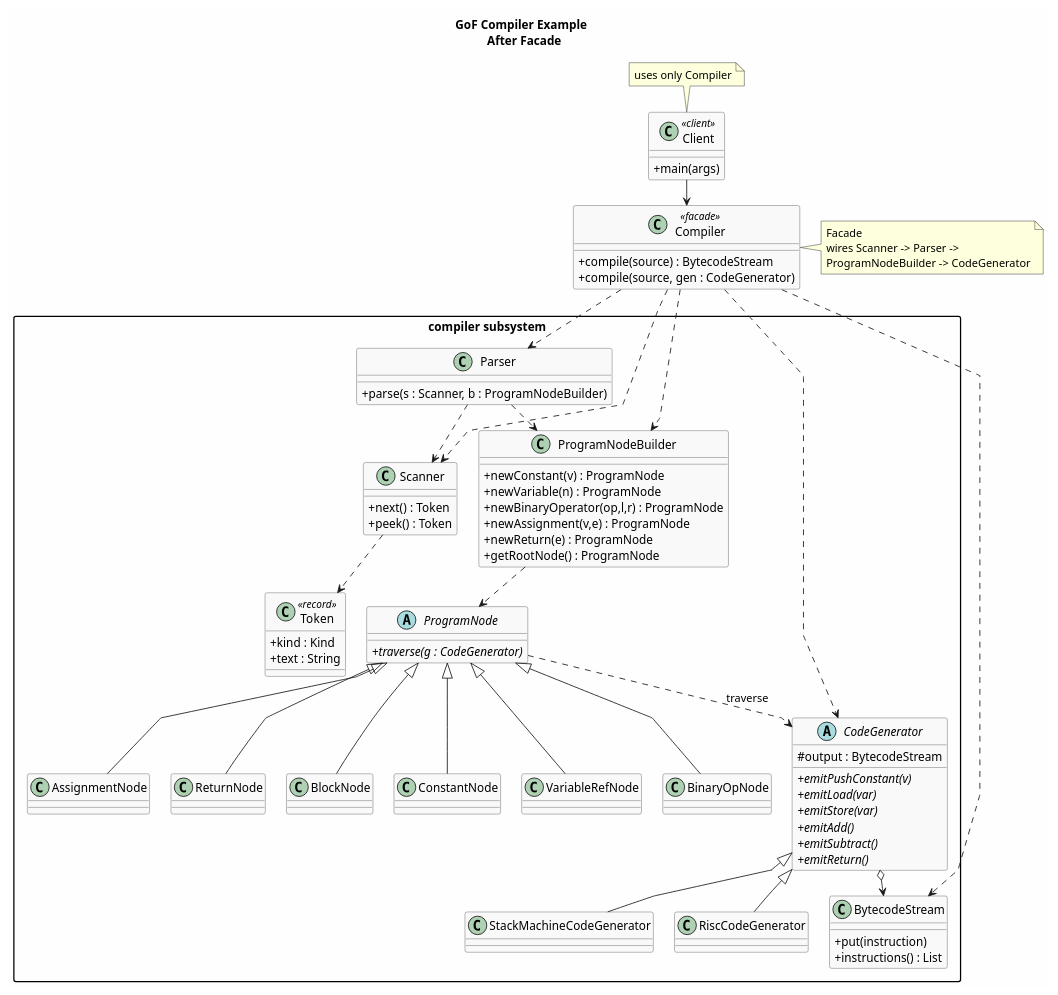
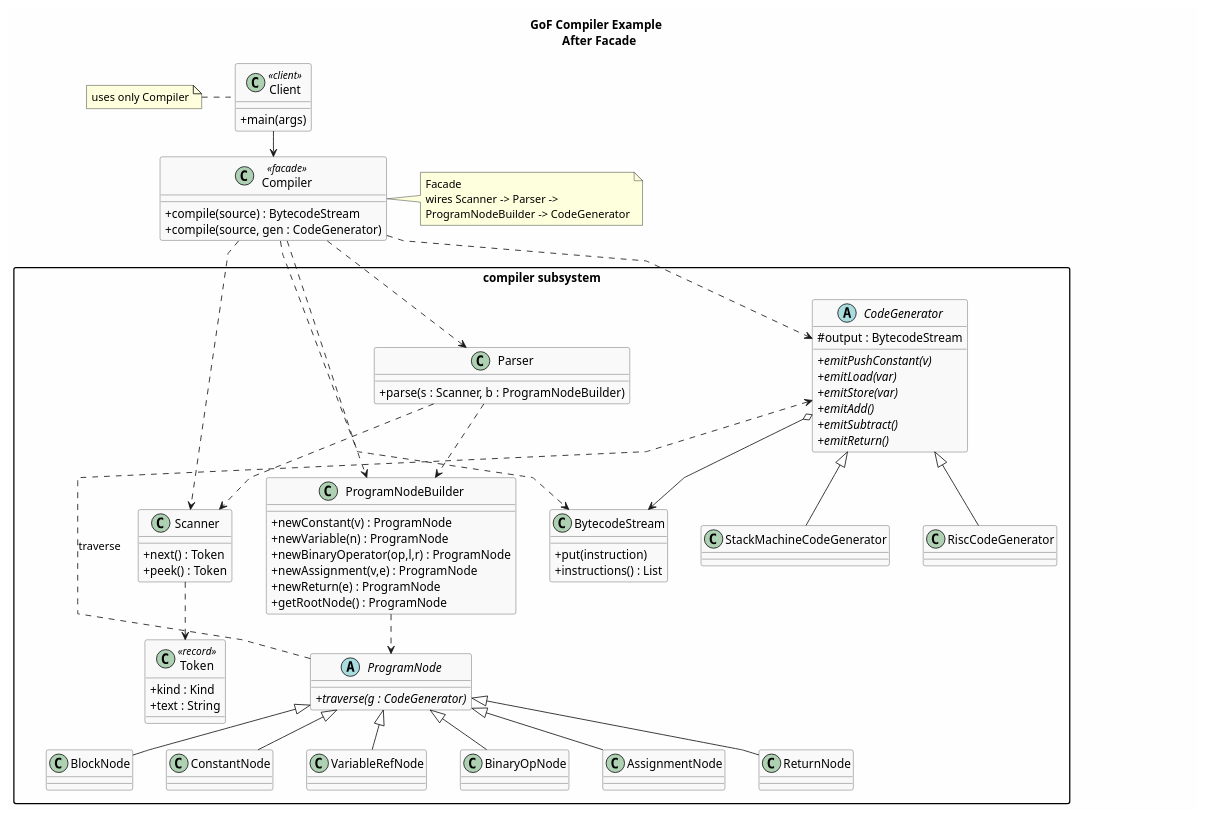
One commit to kaldiroglu/DesignPatternsWithJava changed the diagram in src/main/java/dev/kaldiroglu/dp/structural/facade/gof/Solution.puml. Above: the diagram before and after it, drawn with PlantUML. The commit also changed 54 other files, not shown here.

Commit message:
Diagrams: the last is-a families follow the layout rule; redrawn PNGs have a white background

```diff
--- a/src/main/java/dev/kaldiroglu/dp/structural/facade/gof/Solution.puml
+++ b/src/main/java/dev/kaldiroglu/dp/structural/facade/gof/Solution.puml
@@ -1,104 +1,116 @@
 @startuml Facade-Compiler
+skinparam class {
+  BackgroundColor<<spacer>> transparent
+  BorderColor<<spacer>> transparent
+  FontColor<<spacer>> transparent
+}
+hide <<spacer>> stereotype
+hide <<spacer>> circle
+skinparam nodesep 40
 skinparam classAttributeIconSize 0
 skinparam backgroundColor #FEFEFE
 skinparam packageStyle rectangle
-skinparam nodesep 25
 skinparam ranksep 30
 skinparam linetype polyline
 skinparam stereotypeCBackgroundColor #E8F5E9
 
 skinparam class {
     BackgroundColor #F9F9F9
     BorderColor #555555
 }
 
 title GoF Compiler Example \n After Facade
 
 class Client <<client>> {
   + main(args)
 }
-note top of Client : uses only Compiler
+note left of Client : uses only Compiler
 
 class Compiler <<facade>> {
   + compile(source) : BytecodeStream
   + compile(source, gen : CodeGenerator)
 }
 note right of Compiler : Facade\nwires Scanner -> Parser ->\nProgramNodeBuilder -> CodeGenerator
 
 package "compiler subsystem" {
 
   class Scanner {
     + next() : Token
     + peek() : Token
   }
   class Token <<record>> {
     + kind : Kind
     + text : String
   }
   class Parser {
     + parse(s : Scanner, b : ProgramNodeBuilder)
   }
   class ProgramNodeBuilder {
     + newConstant(v) : ProgramNode
     + newVariable(n) : ProgramNode
     + newBinaryOperator(op,l,r) : ProgramNode
     + newAssignment(v,e) : ProgramNode
     + newReturn(e) : ProgramNode
     + getRootNode() : ProgramNode
   }
 
   abstract class ProgramNode {
     + {abstract} traverse(g : CodeGenerator)
   }
   class BlockNode
   class ConstantNode
   class VariableRefNode
   class BinaryOpNode
   class AssignmentNode
   class ReturnNode
 
   abstract class CodeGenerator {
     # output : BytecodeStream
     + {abstract} emitPushConstant(v)
     + {abstract} emitLoad(var)
     + {abstract} emitStore(var)
     + {abstract} emitAdd()
     + {abstract} emitSubtract()
     + {abstract} emitReturn()
   }
   class StackMachineCodeGenerator
   class RiscCodeGenerator
 
   class BytecodeStream {
     + put(instruction)
     + instructions() : List
   }
 
   ProgramNode <|-- BlockNode
   ProgramNode <|-- ConstantNode
   ProgramNode <|-- VariableRefNode
   ProgramNode <|-- BinaryOpNode
   ProgramNode <|-- AssignmentNode
   ProgramNode <|-- ReturnNode
   CodeGenerator <|-- StackMachineCodeGenerator
   CodeGenerator <|-- RiscCodeGenerator
 }
 
 
   Scanner ..> Token
   Parser ..> Scanner
   Parser ..> ProgramNodeBuilder
   ProgramNodeBuilder ..> ProgramNode
   CodeGenerator o--> BytecodeStream
-  ProgramNode ..> CodeGenerator : traverse
+  ProgramNode .[norank].> CodeGenerator : traverse
 Client --> Compiler
 Compiler ..> Scanner
 Compiler ..> Parser
-Compiler ..> ProgramNodeBuilder
+Compiler .[norank].> ProgramNodeBuilder
 Compiler ..> CodeGenerator
 Compiler ..> BytecodeStream
-ProgramNode -[hidden]- BlockNode
-ProgramNode -[hidden]- ReturnNode
-CodeGenerator -[hidden]- StackMachineCodeGenerator
-CodeGenerator -[hidden]- RiscCodeGenerator
+class " " as Spacer1 <<spacer>>
+class " " as Spacer2 <<spacer>>
+class " " as Spacer3 <<spacer>>
+CodeGenerator -[hidden]- Spacer1
+CodeGenerator -[hidden]- Spacer1
+StackMachineCodeGenerator -[hidden]right- Spacer2
+Spacer2 -[hidden]right- Spacer3
+Spacer3 -[hidden]right- Spacer1
+Spacer1 -[hidden]right- RiscCodeGenerator
 @enduml
```
